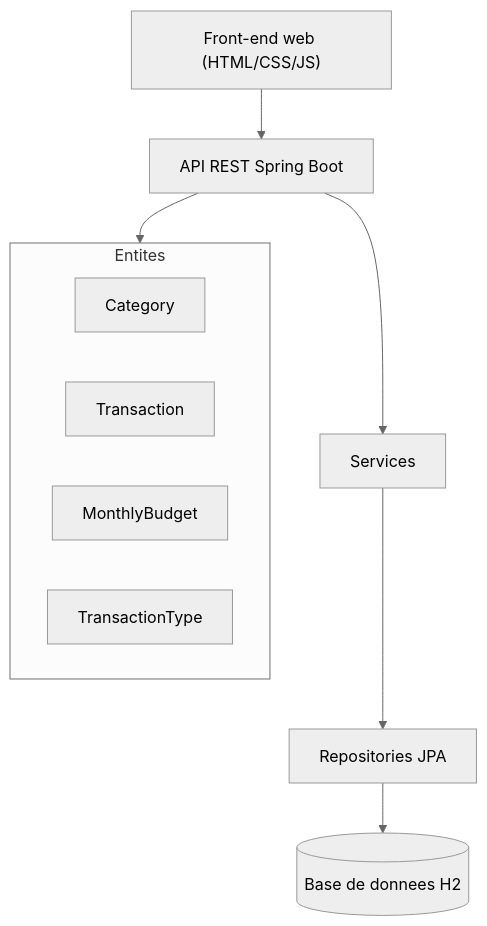
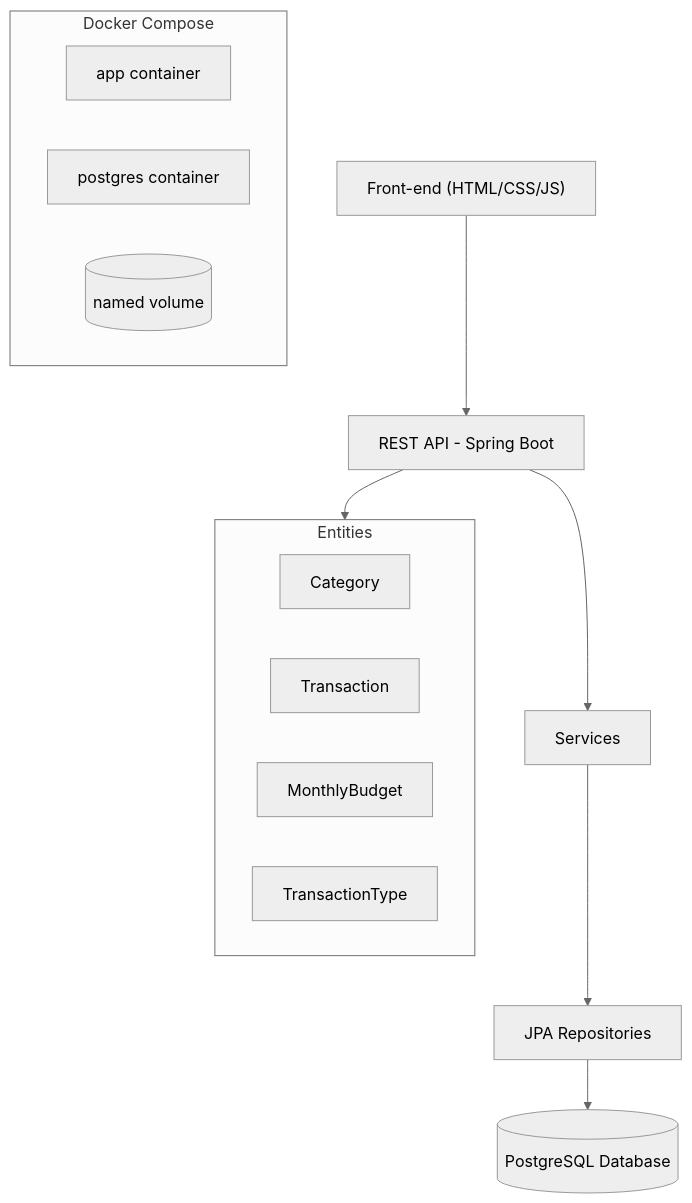
Before and after one commit to Yasmine-Amouri/Stouchi: the diagram in README.md, drawn with Mermaid (neutral theme). The commit also changed other lines of this file, not shown here.

Commit message:
changed the readme to mention the dockerization and switching from postgres to H2

````diff
--- a/README.md
+++ b/README.md
@@ -7,16 +10,22 @@
 ```mermaid
 flowchart TB
-	UI["Front-end web (HTML/CSS/JS)"] --> API["API REST Spring Boot"]
-	API --> SVC["Services"]
-	SVC --> REPO["Repositories JPA"]
-	REPO --> DB[("Base de donnees H2")]
+    UI["Front-end (HTML/CSS/JS)"] --> API["REST API - Spring Boot"]
+    API --> SVC["Services"]
+    SVC --> REPO["JPA Repositories"]
+    REPO --> DB[("PostgreSQL Database")]
 
-	subgraph Domain["Entites"]
-		CAT["Category"]
-		TXN["Transaction"]
-		BUD["MonthlyBudget"]
-		TYP["TransactionType"]
-	end
+    subgraph Domain["Entities"]
+        CAT["Category"]
+        TXN["Transaction"]
+        BUD["MonthlyBudget"]
+        TYP["TransactionType"]
+    end
 
-	API --> Domain
+    API --> Domain
+
+    subgraph Docker["Docker Compose"]
+        APP["app container"]
+        PG["postgres container"]
+        VOL[("named volume")]
+    end
 ```
````
